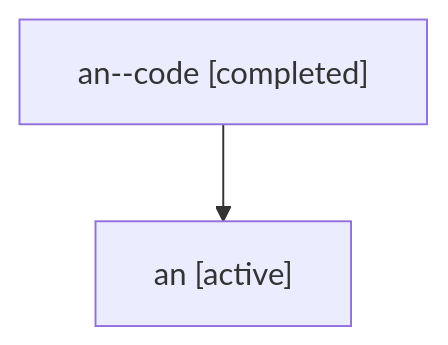
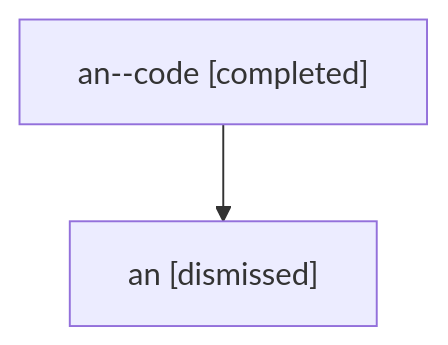
The diagram in sessions/bbugyi200.athena.an.md (sase-org/sase--agents), drawn with Mermaid before and after one commit. The commit also changed other lines of this file and 34 other files, not shown here.

````diff
--- a/sessions/bbugyi200.athena.an.md
+++ b/sessions/bbugyi200.athena.an.md
@@ -9,6 +9,6 @@
 ```mermaid
 flowchart TD
   n0["an--code [completed]"]
-  n1["an [active]"]
+  n1["an [dismissed]"]
   n0 --> n1
 ```
````
